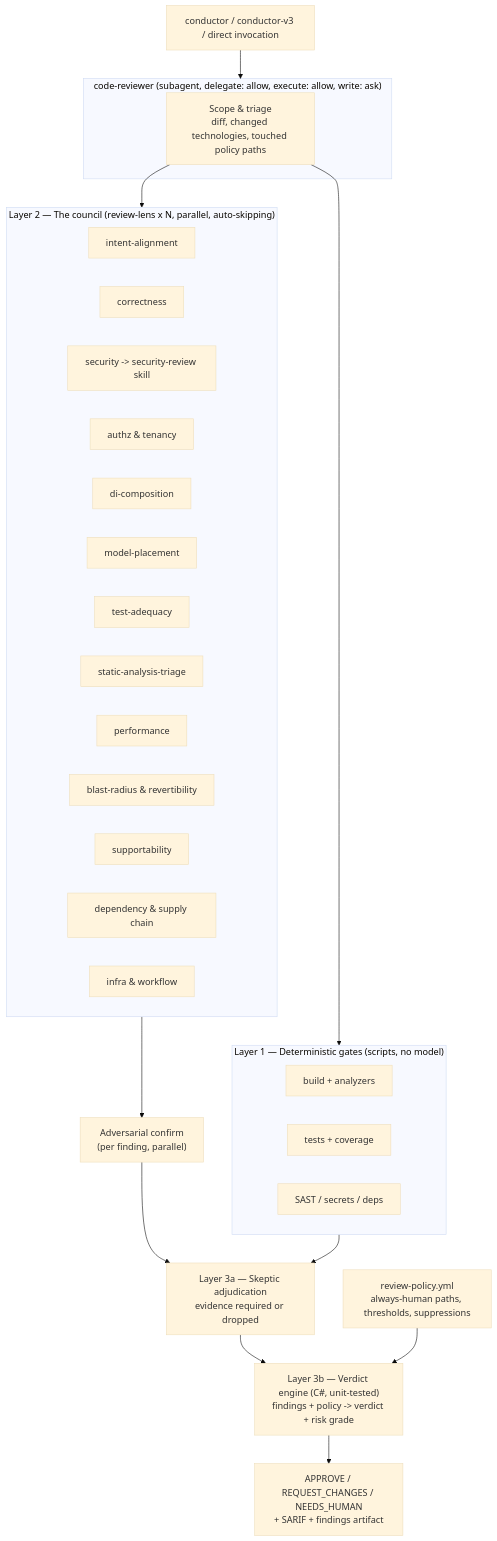
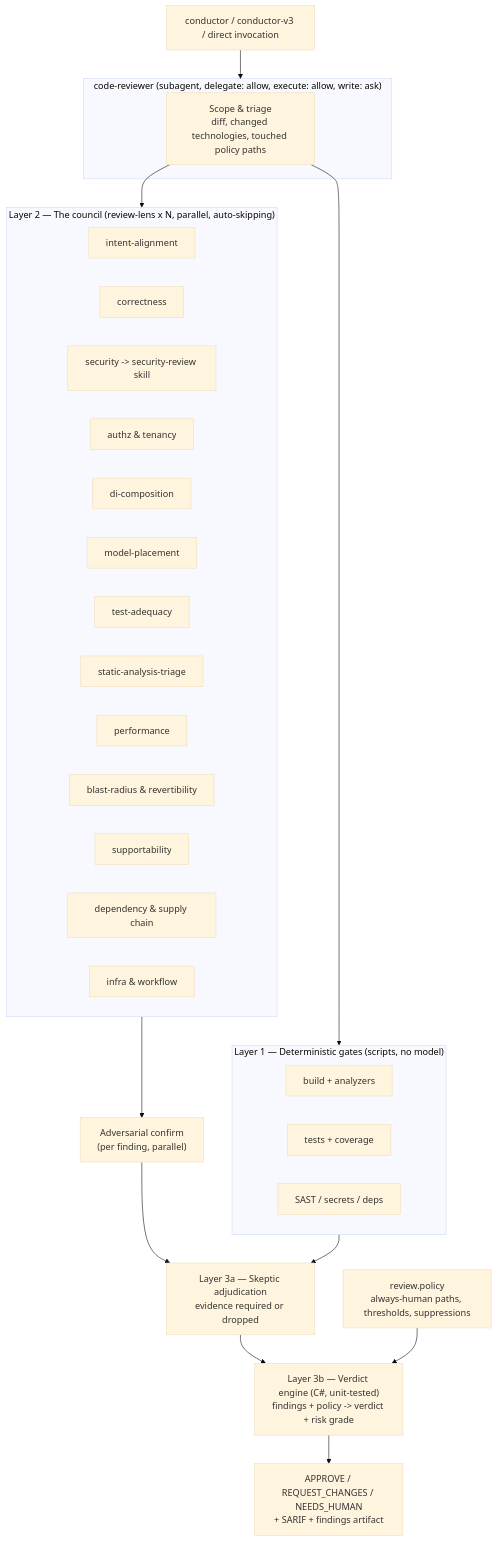
Before and after one commit to dpalfery/kyber-weave: the diagram in docs/plans/2026-08-20-code-review-council.md, drawn with Mermaid (base theme). The commit also changed other lines of this file and 55 other files, not shown here.

````diff
--- a/docs/plans/2026-08-20-code-review-council.md
+++ b/docs/plans/2026-08-20-code-review-council.md
@@ -181,43 +181,43 @@
 ```mermaid
 flowchart TD
     Caller["conductor / conductor-v3 / direct invocation"] --> CR
 
     subgraph CR["code-reviewer (subagent, delegate: allow, execute: allow, write: ask)"]
         Scope["Scope & triage<br/>diff, changed technologies, touched policy paths"]
     end
 
     Scope --> Gates
     Scope --> Council
 
     subgraph Gates["Layer 1 — Deterministic gates (scripts, no model)"]
         G1["build + analyzers"]
         G2["tests + coverage"]
         G3["SAST / secrets / deps"]
     end
 
     subgraph Council["Layer 2 — The council (review-lens x N, parallel, auto-skipping)"]
         L1["intent-alignment"]
         L2["correctness"]
         L3["security -> security-review skill"]
         L4["authz & tenancy"]
         L5["di-composition"]
         L6["model-placement"]
         L7["test-adequacy"]
         L8["static-analysis-triage"]
         L9["performance"]
         L10["blast-radius & revertibility"]
         L11["supportability"]
         L12["dependency & supply chain"]
         L13["infra & workflow"]
     end
 
     Gates --> Skeptic
     Council --> Adversarial["Adversarial confirm<br/>(per finding, parallel)"]
     Adversarial --> Skeptic
 
     Skeptic["Layer 3a — Skeptic adjudication<br/>evidence required or dropped"] --> Verdict
 
     Verdict["Layer 3b — Verdict engine (C#, unit-tested)<br/>findings + policy -> verdict + risk grade"]
-    Policy["review-policy.yml<br/>always-human paths, thresholds, suppressions"] --> Verdict
+    Policy["review.policy<br/>always-human paths, thresholds, suppressions"] --> Verdict
     Verdict --> Out["APPROVE / REQUEST_CHANGES / NEEDS_HUMAN<br/>+ SARIF + findings artifact"]
 ```
````
